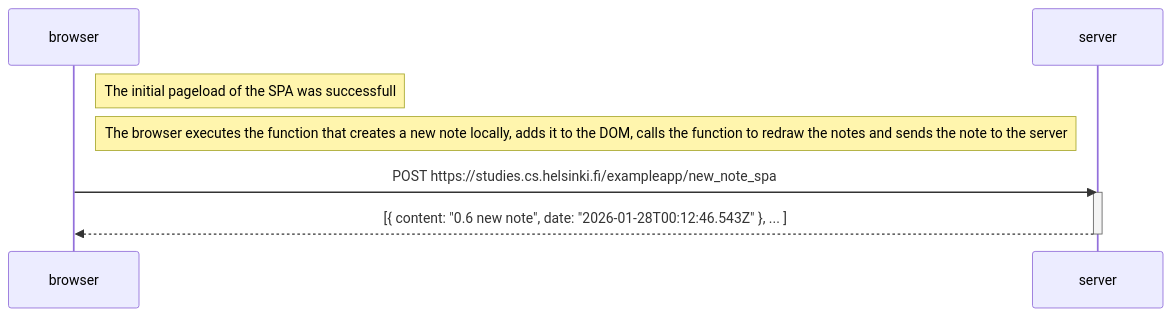
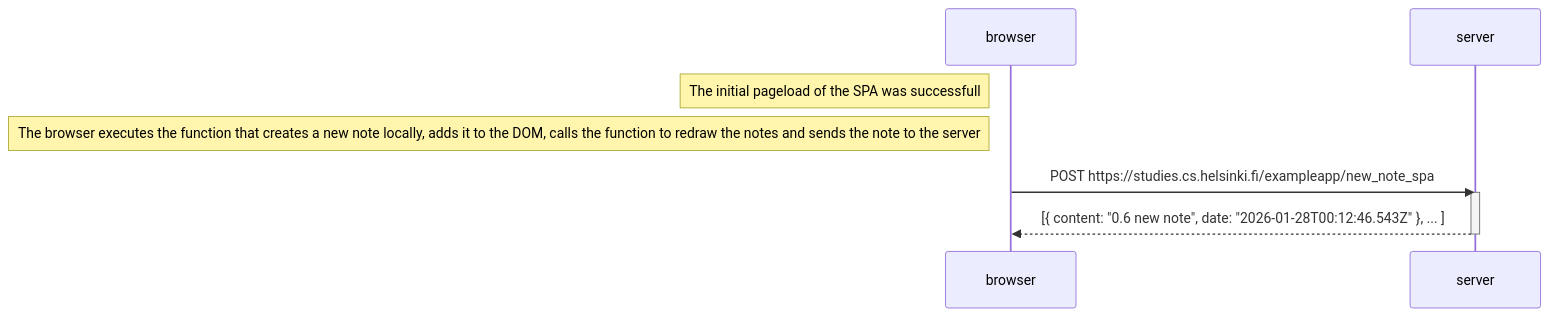
Before and after one commit to jakobsitory/full-stack-open: the diagram in part0/ex06-spa-new-note-diagram.md, drawn with Mermaid. The commit also changed 2 other files, not shown here.

Commit message:
some visual cleanup to make diagrams easier to read

````diff
--- a/part0/ex06-spa-new-note-diagram.md
+++ b/part0/ex06-spa-new-note-diagram.md
@@ -1,13 +1,13 @@
 ``` mermaid
 sequenceDiagram
     participant browser
     participant server
 
-    Note right of browser: The initial pageload of the SPA was successfull
-    Note right of browser: The browser executes the function that creates a new note locally, adds it to the DOM, calls the function to redraw the notes and sends the note to the server
+    Note left of browser: The initial pageload of the SPA was successfull
+    Note left of browser: The browser executes the function that creates a new note locally, adds it to the DOM, calls the function to redraw the notes and sends the note to the server
 
     browser->>server: POST https://studies.cs.helsinki.fi/exampleapp/new_note_spa
     activate server
     server-->>browser: [{ content: "0.6 new note", date: "2026-01-28T00:12:46.543Z" }, ... ]
     deactivate server
 ```
````
